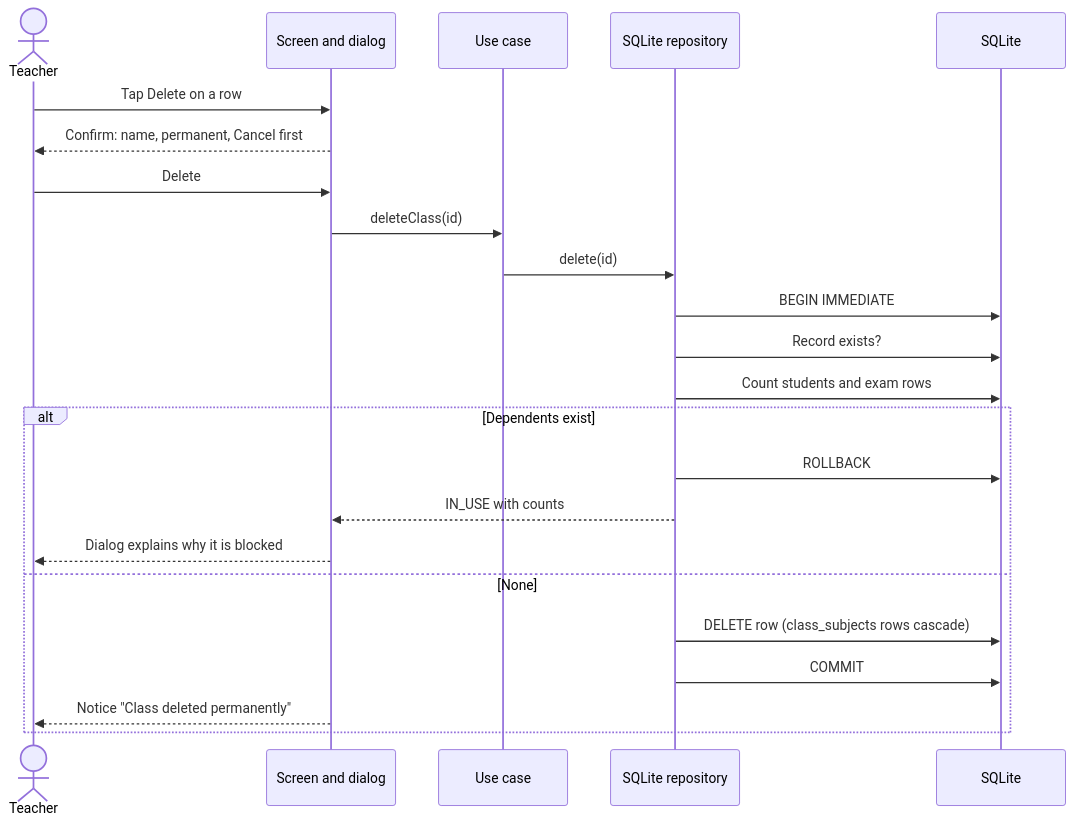
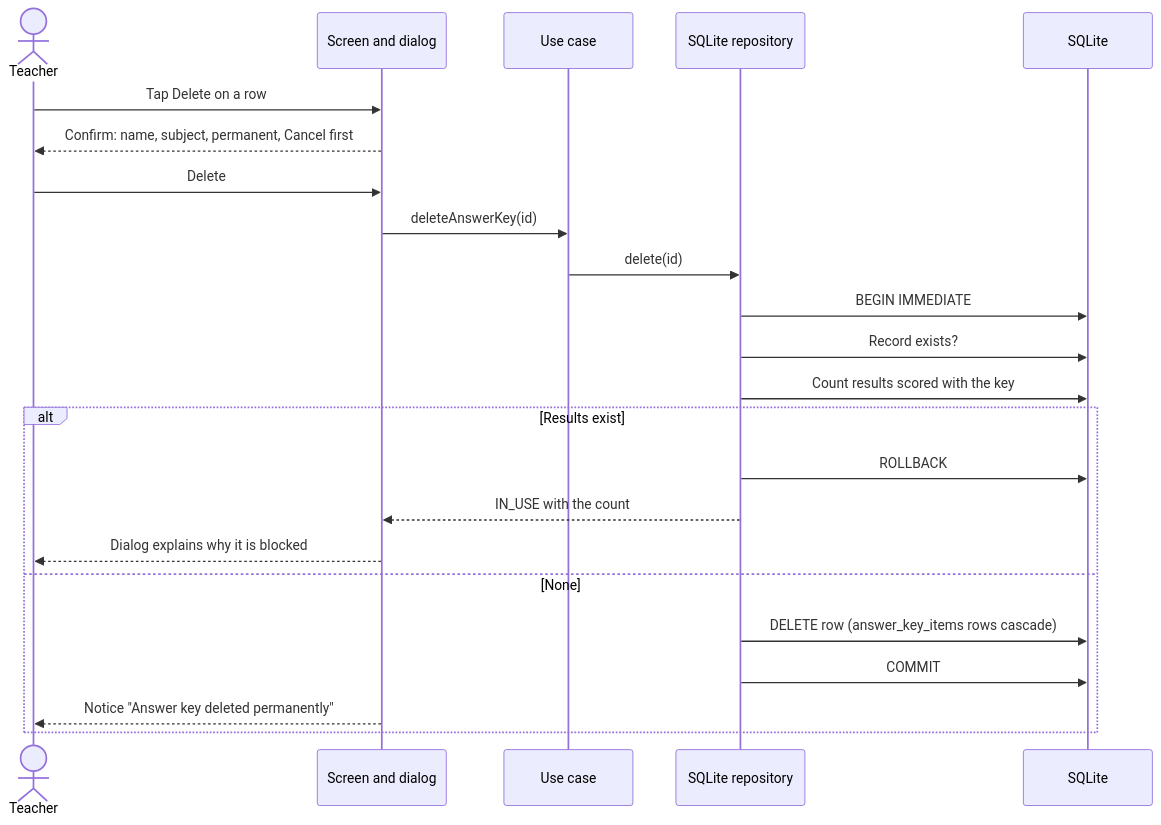
Diagram 11 of 12 in docs/diagrams.md (nicolaseugenio2022-cyber/answer-checker), drawn with Mermaid before and after one commit. The commit also changed other lines of this file and 6 other files, not shown here.

First line of the commit message:
docs: synchronize documentation with schema version 4

````diff
--- a/docs/diagrams.md
+++ b/docs/diagrams.md
@@ -316,26 +331,26 @@
 ```mermaid
 sequenceDiagram
     actor Teacher
     participant UI as Screen and dialog
     participant UC as Use case
     participant Repo as SQLite repository
     participant DB as SQLite
 
     Teacher->>UI: Tap Delete on a row
-    UI-->>Teacher: Confirm: name, permanent, Cancel first
+    UI-->>Teacher: Confirm: name, subject, permanent, Cancel first
     Teacher->>UI: Delete
-    UI->>UC: deleteClass(id)
+    UI->>UC: deleteAnswerKey(id)
     UC->>Repo: delete(id)
     Repo->>DB: BEGIN IMMEDIATE
     Repo->>DB: Record exists?
-    Repo->>DB: Count students and exam rows
-    alt Dependents exist
+    Repo->>DB: Count results scored with the key
+    alt Results exist
         Repo->>DB: ROLLBACK
-        Repo-->>UI: IN_USE with counts
+        Repo-->>UI: IN_USE with the count
         UI-->>Teacher: Dialog explains why it is blocked
     else None
-        Repo->>DB: DELETE row (class_subjects rows cascade)
+        Repo->>DB: DELETE row (answer_key_items rows cascade)
         Repo->>DB: COMMIT
-        UI-->>Teacher: Notice "Class deleted permanently"
+        UI-->>Teacher: Notice "Answer key deleted permanently"
     end
 ```
````
